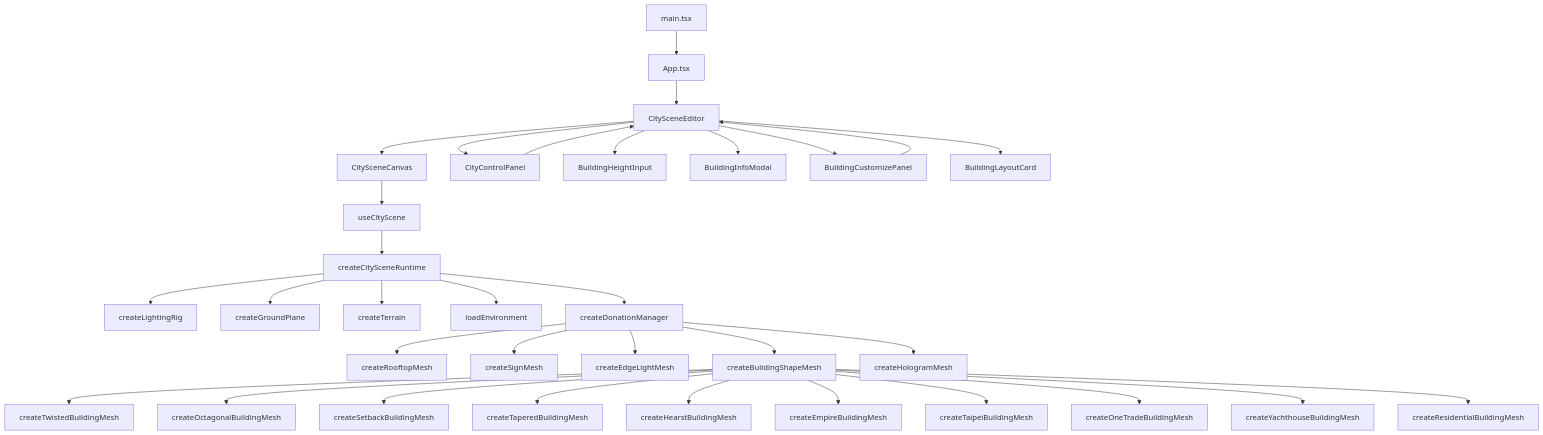
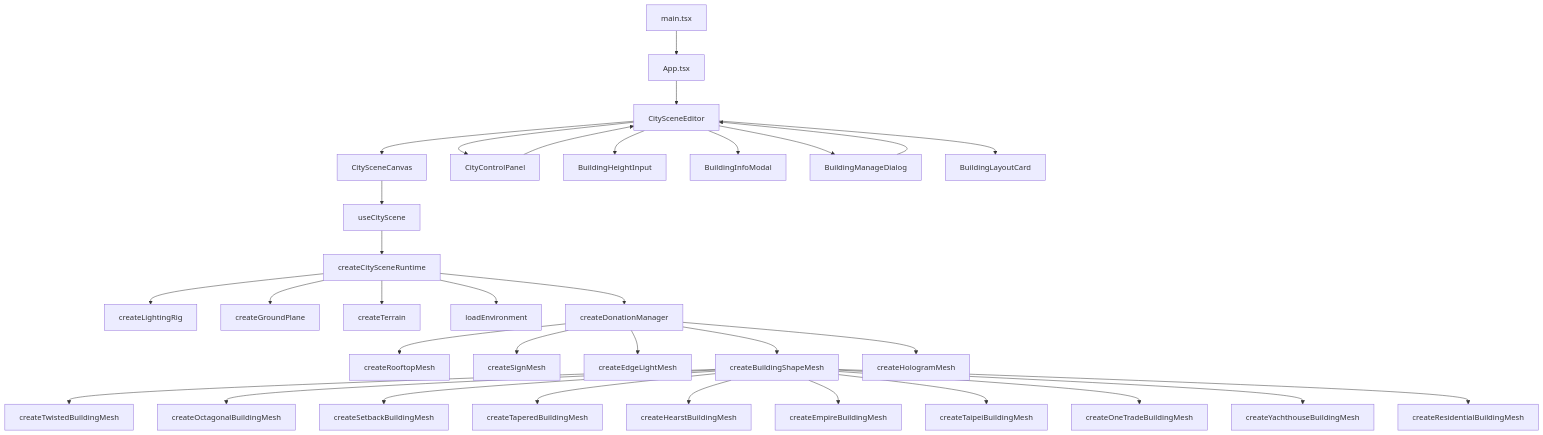
The first of 2 diagrams in doc/index.md (RaeII/cidoa), drawn with Mermaid before and after one commit. The commit also changed other lines of this file and 28 other files, not shown here.

````diff
--- a/doc/index.md
+++ b/doc/index.md
@@ -315,35 +317,35 @@
 ```mermaid
 flowchart TD
     A[main.tsx] --> B[App.tsx]
     B --> C[CitySceneEditor]
     C --> D[CitySceneCanvas]
     C --> E[CityControlPanel]
     C --> F[BuildingHeightInput]
     C --> BI[BuildingInfoModal]
-    C --> P[BuildingCustomizePanel]
+    C --> P[BuildingManageDialog]
     C --> BL[BuildingLayoutCard]
     D --> G[useCityScene]
     G --> H[createCitySceneRuntime]
     H --> I[createLightingRig]
     H --> J[createGroundPlane]
     H --> TR[createTerrain]
     H --> L[loadEnvironment]
     H --> M[createDonationManager]
     M --> N[createRooftopMesh]
     M --> O[createSignMesh]
     M --> Q[createEdgeLightMesh]
     M --> BS[createBuildingShapeMesh]
     BS --> T[createTwistedBuildingMesh]
     BS --> U[createOctagonalBuildingMesh]
     BS --> V[createSetbackBuildingMesh]
     BS --> W[createTaperedBuildingMesh]
     BS --> X[createHearstBuildingMesh]
     BS --> Y[createEmpireBuildingMesh]
     BS --> Z[createTaipeiBuildingMesh]
     BS --> OT[createOneTradeBuildingMesh]
     BS --> YC[createYachthouseBuildingMesh]
     BS --> RS[createResidentialBuildingMesh]
     M --> HG[createHologramMesh]
     E --> C
     P --> C
 ```
````
